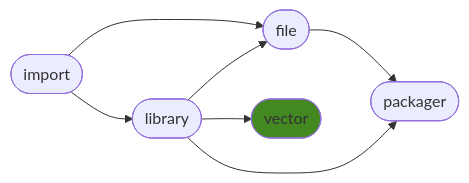
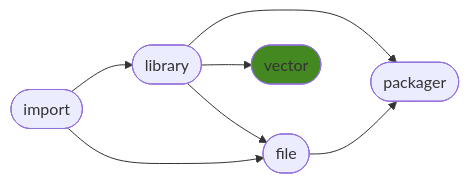
The diagram in README.md (ManderaGeneral/generalvector), drawn with Mermaid before and after one commit. The commit also changed other lines of this file, not shown here.

````diff
--- a/README.md
+++ b/README.md
@@ -16,15 +16,15 @@
 ```mermaid
 flowchart LR
+1([library]) --> 2([file])
+1([library]) --> 4([packager])
+0([import]) --> 2([file])
+1([library]) --> 3([vector])
 2([file]) --> 4([packager])
-1([library]) --> 4([packager])
 0([import]) --> 1([library])
-0([import]) --> 2([file])
-1([library]) --> 2([file])
-1([library]) --> 3([vector])
 click 0 "https://github.com/ManderaGeneral/generalimport"
 click 1 "https://github.com/ManderaGeneral/generallibrary"
 click 2 "https://github.com/ManderaGeneral/generalfile"
 click 3 "https://github.com/ManderaGeneral/generalvector"
 click 4 "https://github.com/ManderaGeneral/generalpackager"
 style 3 fill:#482
 ```
````
